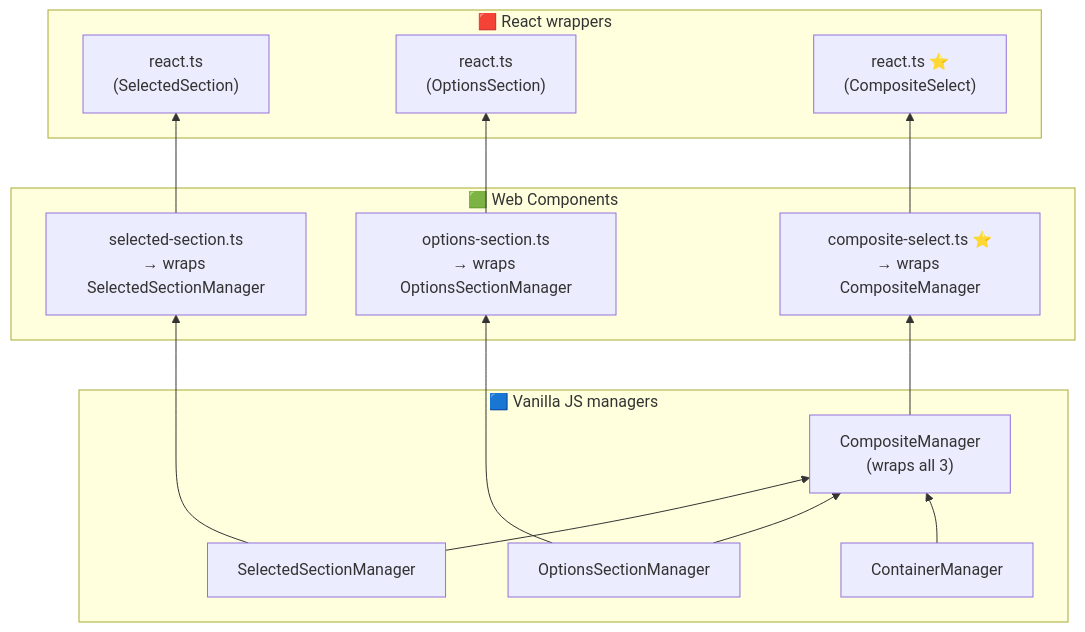
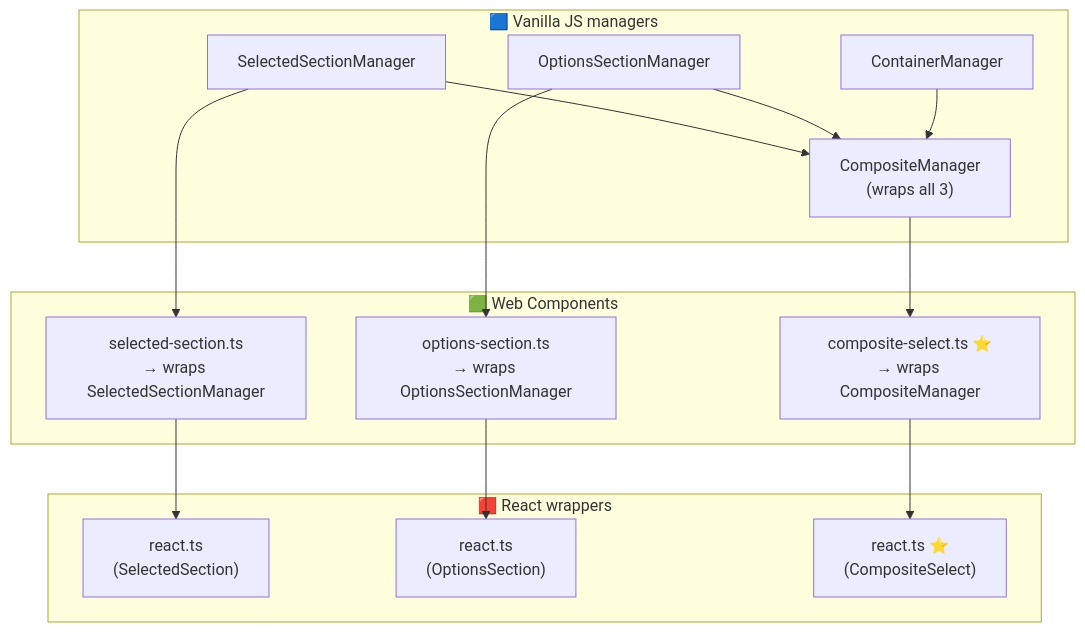
One commit to stopsopa/select-component changed the diagram in README.md. Above: the diagram before and after it, drawn with Mermaid.

````diff
--- a/README.md
+++ b/README.md
@@ -9,31 +9,32 @@
 ```mermaid
-graph BT
+graph TB
 
   subgraph Vanilla ["🟦 Vanilla JS managers"]
     SSM["SelectedSectionManager"]
     OSM["OptionsSectionManager"]
     CM["ContainerManager"]
     CmpM["CompositeManager\n(wraps all 3)"]
     SSM --> CmpM
     OSM --> CmpM
     CM --> CmpM
   end
 
   subgraph WC ["🟩 Web Components"]
     SS["selected-section.ts\n→ wraps SelectedSectionManager"]
     OS["options-section.ts\n→ wraps OptionsSectionManager"]
     CS["composite-select.ts ⭐\n→ wraps CompositeManager"]
-    SSM --> SS
-    OSM --> OS
-    CmpM --> CS
   end
 
   subgraph React ["🟥 React wrappers"]
     RSS["react.ts\n(SelectedSection)"]
     ROS["react.ts\n(OptionsSection)"]
     RCS["react.ts ⭐\n(CompositeSelect)"]
-    SS --> RSS
-    OS --> ROS
-    CS --> RCS
   end
+
+  SSM --> SS
+  OSM --> OS
+  CmpM --> CS
+  SS --> RSS
+  OS --> ROS
+  CS --> RCS
 ```
````
